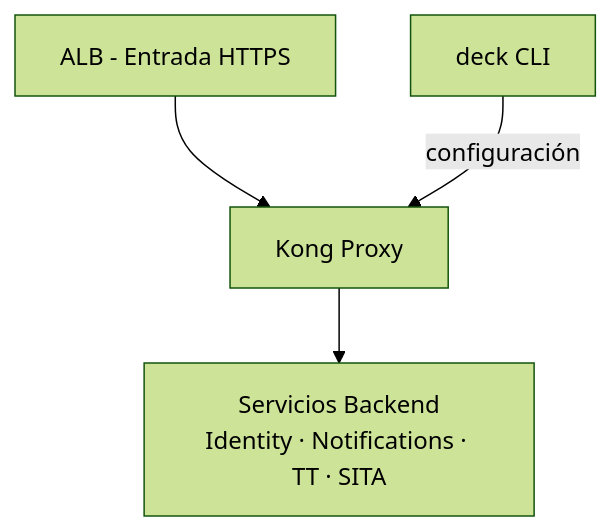
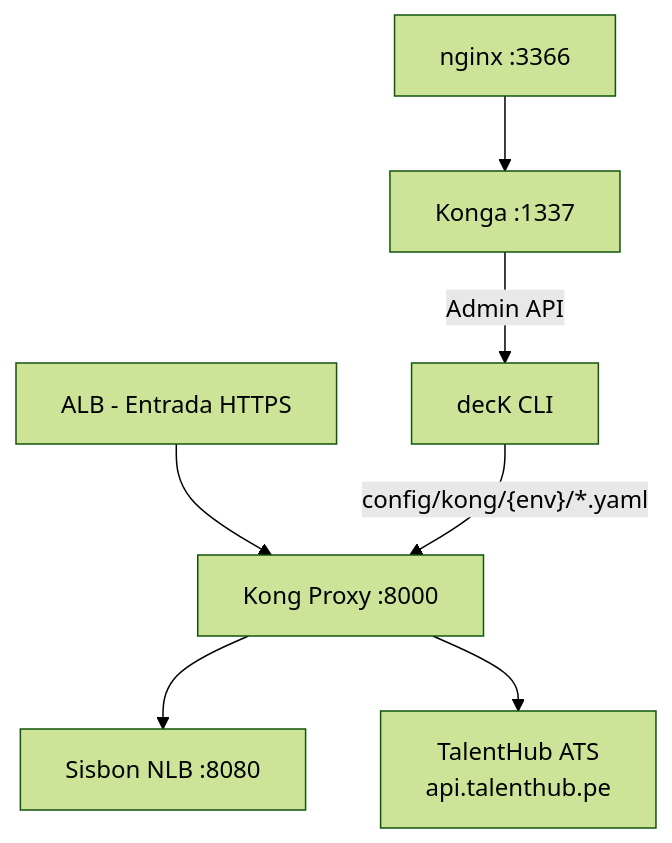
Before and after one commit to jclemente-tlm/tlm-doc-architecture: the first of 2 diagrams in docs/plataforma-corporativa/plataforma-de-integracion/api-gateway/05-vista-bloques-construccion.md, drawn with Mermaid (forest theme). The commit also changed other lines of this file and 11 other files, not shown here.

````diff
--- a/docs/plataforma-corporativa/plataforma-de-integracion/api-gateway/05-vista-bloques-construccion.md
+++ b/docs/plataforma-corporativa/plataforma-de-integracion/api-gateway/05-vista-bloques-construccion.md
@@ -11,6 +11,9 @@
 ```mermaid
 graph TD
-    ALB[ALB - Entrada HTTPS] --> KP[Kong Proxy]
-    KP --> SVC[Servicios Backend\nIdentity · Notifications · TT · SITA]
-    KA[deck CLI] -->|configuración| KP
+    ALB[ALB - Entrada HTTPS] --> KP[Kong Proxy :8000]
+    KP --> SB[Sisbon NLB :8080]
+    KP --> TH[TalentHub ATS\napi.talenthub.pe]
+    KA[decK CLI] -->|"config/kong/{env}/*.yaml"| KP
+    NG[nginx :3366] --> KG[Konga :1337]
+    KG -->|Admin API| KA
 ```
````
